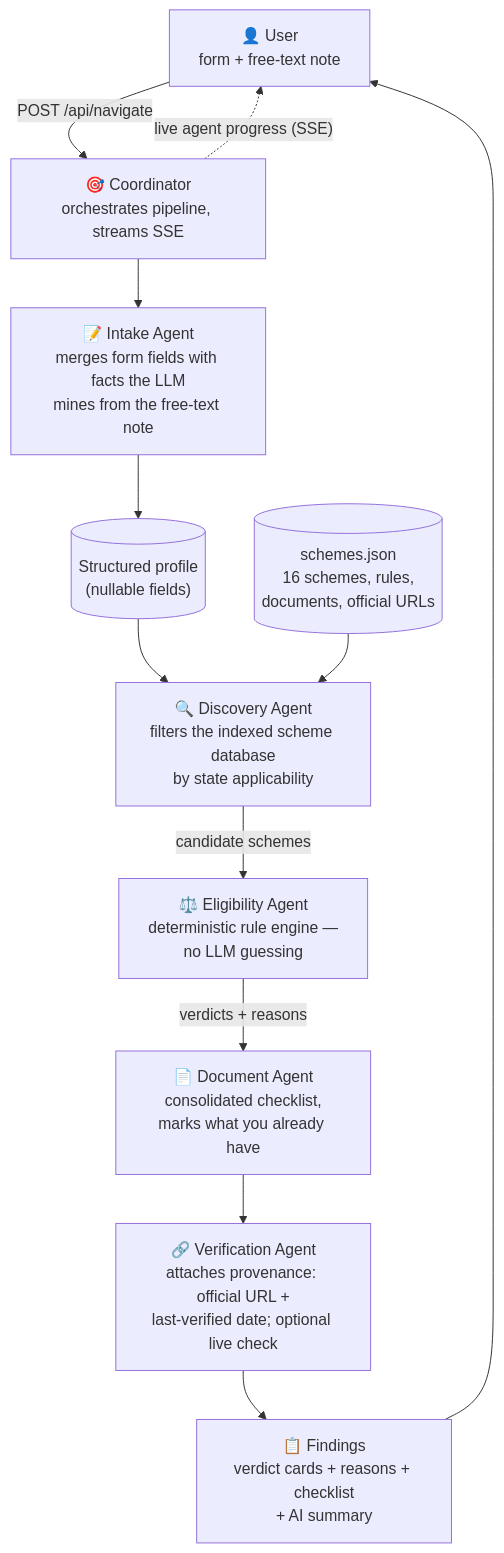
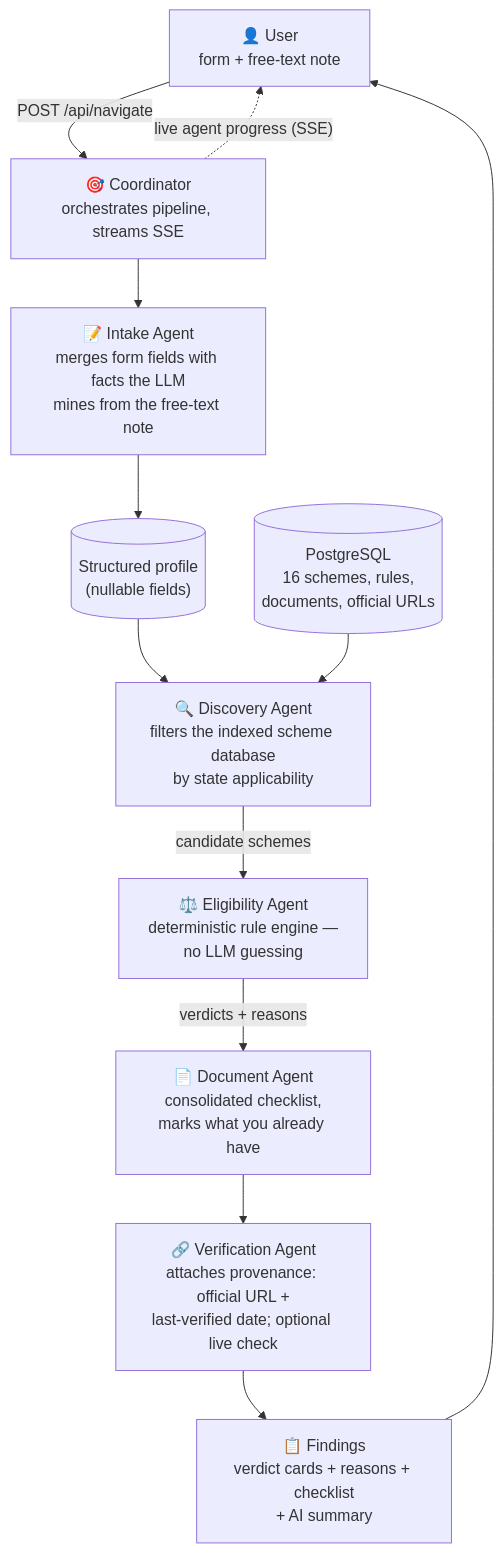
The first of 2 diagrams in README.md (Harshkumar76/AI-Bureaucracy-navigator), drawn with Mermaid before and after one commit. The commit also changed other lines of this file and 9 other files, not shown here.

Commit message:
feat: migrate application storage to PostgreSQL

````diff
--- a/README.md
+++ b/README.md
@@ -15,19 +15,19 @@
 ```mermaid
 flowchart TD
     U["👤 User<br/>form + free-text note"] -->|"POST /api/navigate"| C["🎯 Coordinator<br/>orchestrates pipeline, streams SSE"]
 
     C --> A1["📝 Intake Agent<br/>merges form fields with facts the LLM<br/>mines from the free-text note"]
     A1 --> P[("Structured profile<br/>(nullable fields)")]
 
     P --> A2["🔍 Discovery Agent<br/>filters the indexed scheme database<br/>by state applicability"]
-    DB[("schemes.json<br/>16 schemes, rules,<br/>documents, official URLs")] --> A2
+    DB[("PostgreSQL<br/>16 schemes, rules,<br/>documents, official URLs")] --> A2
 
     A2 -->|"candidate schemes"| A3["⚖️ Eligibility Agent<br/>deterministic rule engine —<br/>no LLM guessing"]
     A3 -->|"verdicts + reasons"| A4["📄 Document Agent<br/>consolidated checklist,<br/>marks what you already have"]
     A4 --> A5["🔗 Verification Agent<br/>attaches provenance: official URL +<br/>last-verified date; optional live check"]
 
     A5 --> F["📋 Findings<br/>verdict cards + reasons + checklist<br/>+ AI summary"]
     F --> U
 
     C -.->|"live agent progress (SSE)"| U
 ```
````
